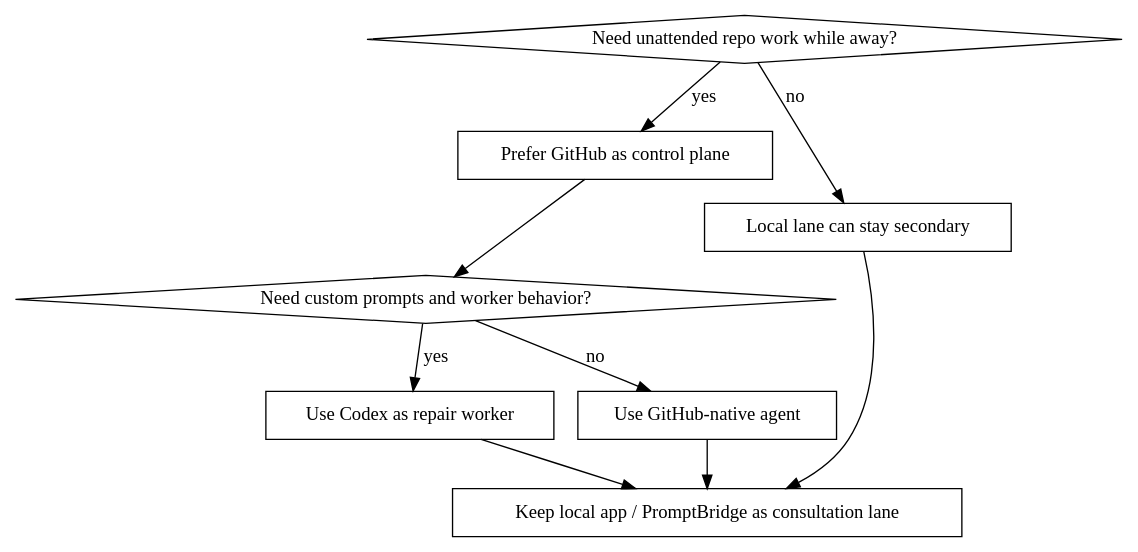
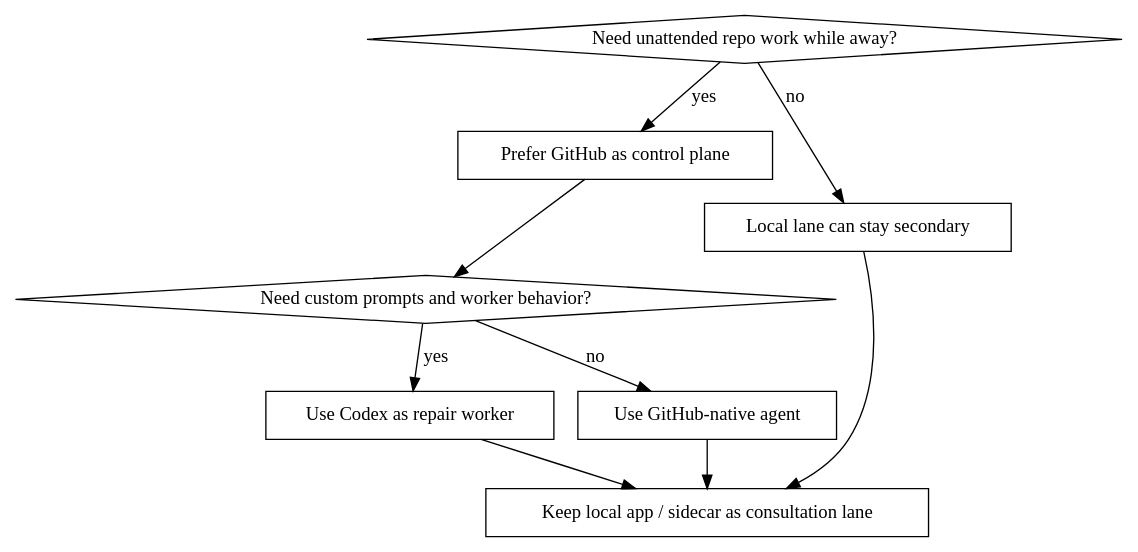
The diagram in skills/quality-gate-automation-architect/SKILL.md (Prekzursil/agent-skills-toolchain), drawn with Graphviz before and after one commit. The commit also changed other lines of this file and 29 other files, not shown here.

````diff
--- a/skills/quality-gate-automation-architect/SKILL.md
+++ b/skills/quality-gate-automation-architect/SKILL.md
@@ -22,21 +22,21 @@
 ```dot
 digraph automation_decision {
     rankdir=TB;
     ask [label="Need unattended repo work while away?", shape=diamond];
     github [label="Prefer GitHub as control plane", shape=box];
     local [label="Local lane can stay secondary", shape=box];
     codex [label="Need custom prompts and worker behavior?", shape=diamond];
     codex_primary [label="Use Codex as repair worker", shape=box];
     github_primary [label="Use GitHub-native agent", shape=box];
-    hybrid [label="Keep local app / PromptBridge as consultation lane", shape=box];
+    hybrid [label="Keep local app / sidecar as consultation lane", shape=box];
 
     ask -> github [label="yes"];
     ask -> local [label="no"];
     github -> codex;
     codex -> codex_primary [label="yes"];
     codex -> github_primary [label="no"];
     local -> hybrid;
     codex_primary -> hybrid;
     github_primary -> hybrid;
 }
 ```
````
